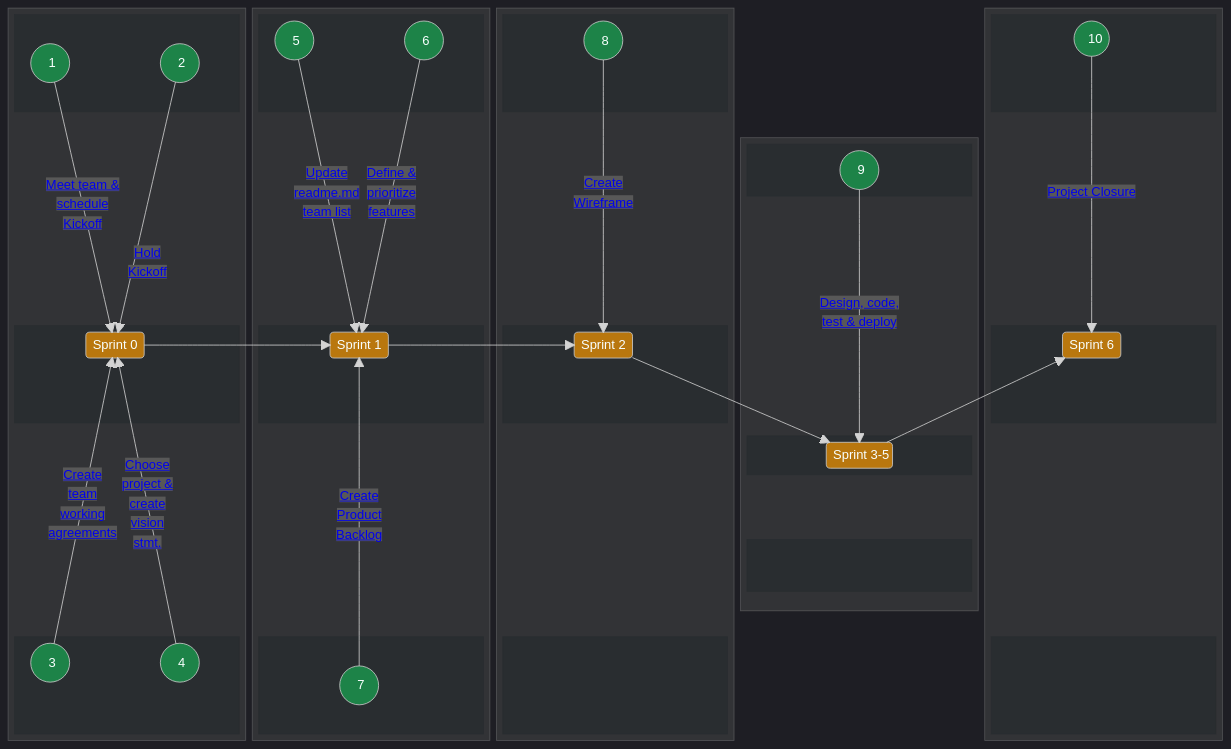
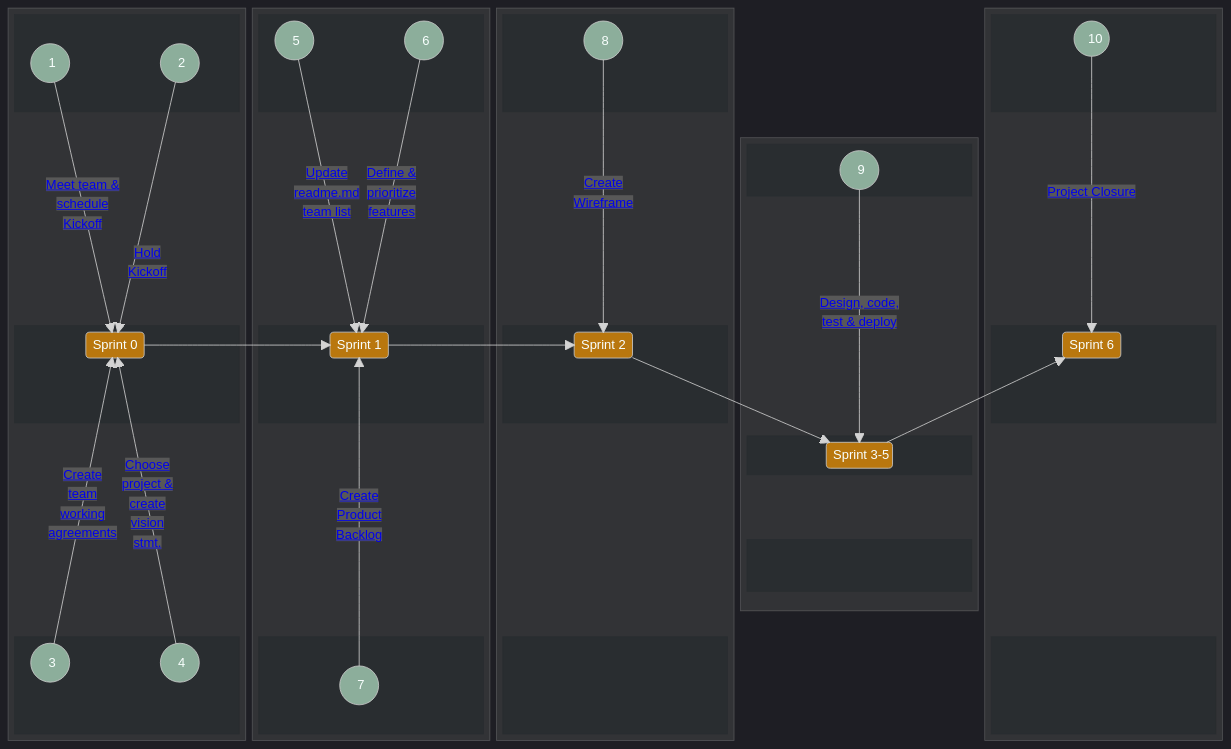
The first of 2 diagrams in docs/guides/voyage/voyage.md (chingu-voyages/Handbook), drawn with Mermaid before and after one commit.

Commit message:
Feature: Update sprint diagram task ordering

```diff
--- a/docs/guides/voyage/voyage.md
+++ b/docs/guides/voyage/voyage.md
@@ -227,16 +227,16 @@
     style B4CENTER stroke:#292d30,fill:#292d30
     style B4BOTTOM stroke:#292d30,fill:#292d30
         
-    style A1 color:#f0f6fc,fill:#1d8348
-    style A2 color:#f0f6fc,fill:#1d8348
-    style A3 color:#f0f6fc,fill:#1d8348
-    style A4 color:#f0f6fc,fill:#1d8348
-    style A5 color:#f0f6fc,fill:#1d8348
-    style A6 color:#f0f6fc,fill:#1d8348
-    style A7 color:#f0f6fc,fill:#1d8348
-    style A8 color:#f0f6fc,fill:#1d8348
-    style A9 color:#f0f6fc,fill:#1d8348
-    style A10 color:#f0f6fc,fill:#1d8348
+    style A1 color:#f0f6fc,fill:#8CAE9B
+    style A2 color:#f0f6fc,fill:#8CAE9B
+    style A3 color:#f0f6fc,fill:#8CAE9B
+    style A4 color:#f0f6fc,fill:#8CAE9B
+    style A5 color:#f0f6fc,fill:#8CAE9B
+    style A6 color:#f0f6fc,fill:#8CAE9B
+    style A7 color:#f0f6fc,fill:#8CAE9B
+    style A8 color:#f0f6fc,fill:#8CAE9B
+    style A9 color:#f0f6fc,fill:#8CAE9B
+    style A10 color:#f0f6fc,fill:#8CAE9B
     style SPRINT0 color:#f0f6fc,fill:#b9770e
     style SPRINT1 color:#f0f6fc,fill:#b9770e
     style SPRINT2 color:#f0f6fc,fill:#b9770e
```
